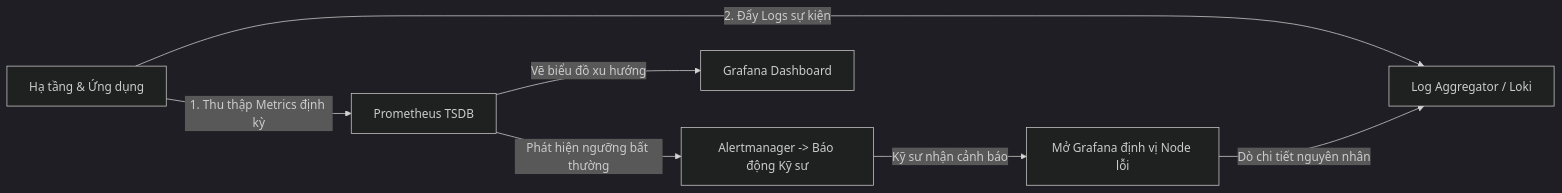
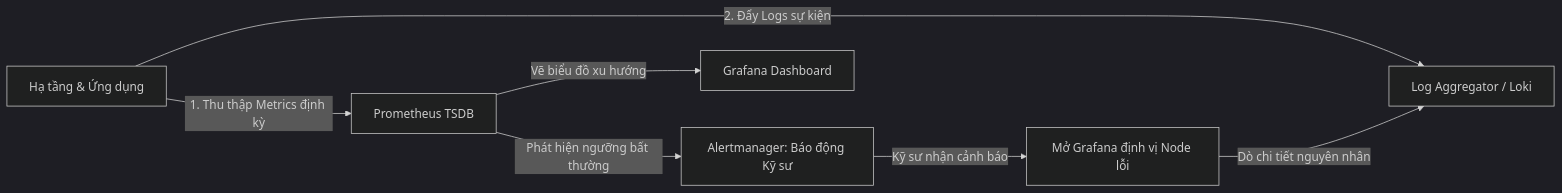
The first of 11 diagrams in report.md (DucPham-it/linux_op_lab1), drawn with Mermaid (dark theme) before and after one commit. The commit also changed other lines of this file, not shown here.

Commit message:
fix(report): fix LaTeX underscore math error and quote Mermaid diagram labels for GitHub rendering

````diff
--- a/report.md
+++ b/report.md
@@ -77,9 +77,9 @@
 ```mermaid
 flowchart LR
-    A[Hạ tầng & Ứng dụng] -->|1. Thu thập Metrics định kỳ| B[Prometheus TSDB]
-    A -->|2. Đẩy Logs sự kiện| C[Log Aggregator / Loki]
-    B -->|Phát hiện ngưỡng bất thường| D[Alertmanager -> Báo động Kỹ sư]
-    B -->|Vẽ biểu đồ xu hướng| E[Grafana Dashboard]
-    D -->|Kỹ sư nhận cảnh báo| F[Mở Grafana định vị Node lỗi]
+    A["Hạ tầng & Ứng dụng"] -->|1. Thu thập Metrics định kỳ| B["Prometheus TSDB"]
+    A -->|2. Đẩy Logs sự kiện| C["Log Aggregator / Loki"]
+    B -->|Phát hiện ngưỡng bất thường| D["Alertmanager: Báo động Kỹ sư"]
+    B -->|Vẽ biểu đồ xu hướng| E["Grafana Dashboard"]
+    D -->|Kỹ sư nhận cảnh báo| F["Mở Grafana định vị Node lỗi"]
     F -->|Dò chi tiết nguyên nhân| C
 ```
````
